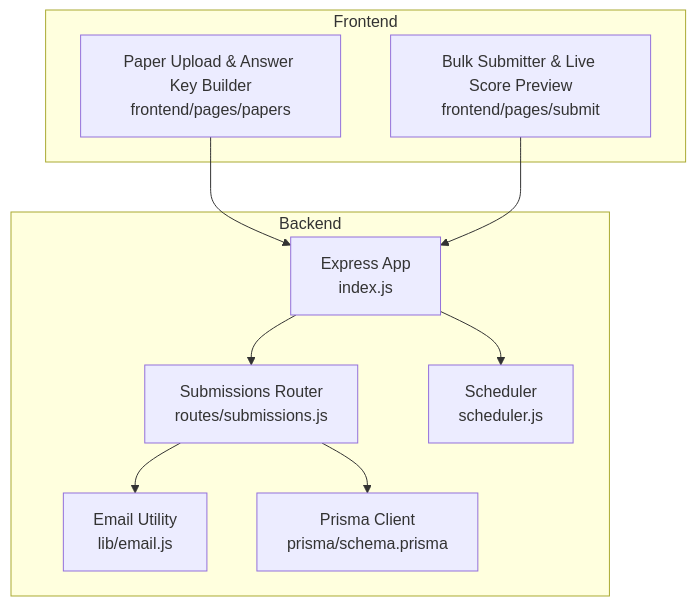
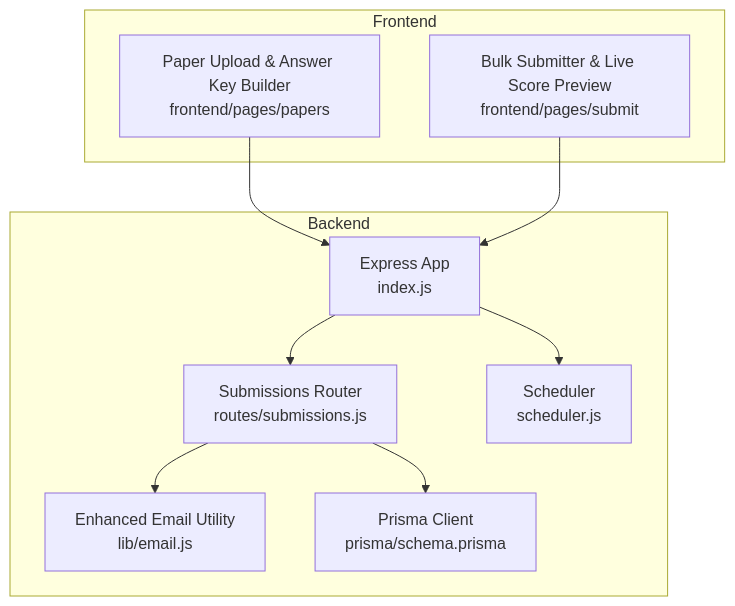
One commit to ZandileMkontwana/olympiad-portal changed the first of 8 diagrams in .qoder/repowiki/en/content/Results & Scoring/Automated Scoring Engine.md. Above: the diagram before and after it, drawn with Mermaid. The commit also changed other lines of this file and 43 other files, not shown here.

````diff
--- a/.qoder/repowiki/en/content/Results & Scoring/Automated Scoring Engine.md
+++ b/.qoder/repowiki/en/content/Results & Scoring/Automated Scoring Engine.md
@@ -46,20 +55,20 @@
 ```mermaid
 graph TB
 subgraph "Backend"
 A["Express App<br/>index.js"]
 B["Submissions Router<br/>routes/submissions.js"]
 C["Scheduler<br/>scheduler.js"]
-D["Email Utility<br/>lib/email.js"]
+D["Enhanced Email Utility<br/>lib/email.js"]
 E["Prisma Client<br/>prisma/schema.prisma"]
 end
 subgraph "Frontend"
 F["Paper Upload & Answer Key Builder<br/>frontend/pages/papers"]
 G["Bulk Submitter & Live Score Preview<br/>frontend/pages/submit"]
 end
 F --> A
 G --> A
 A --> B
 B --> E
 B --> D
 A --> C
 ```
````
